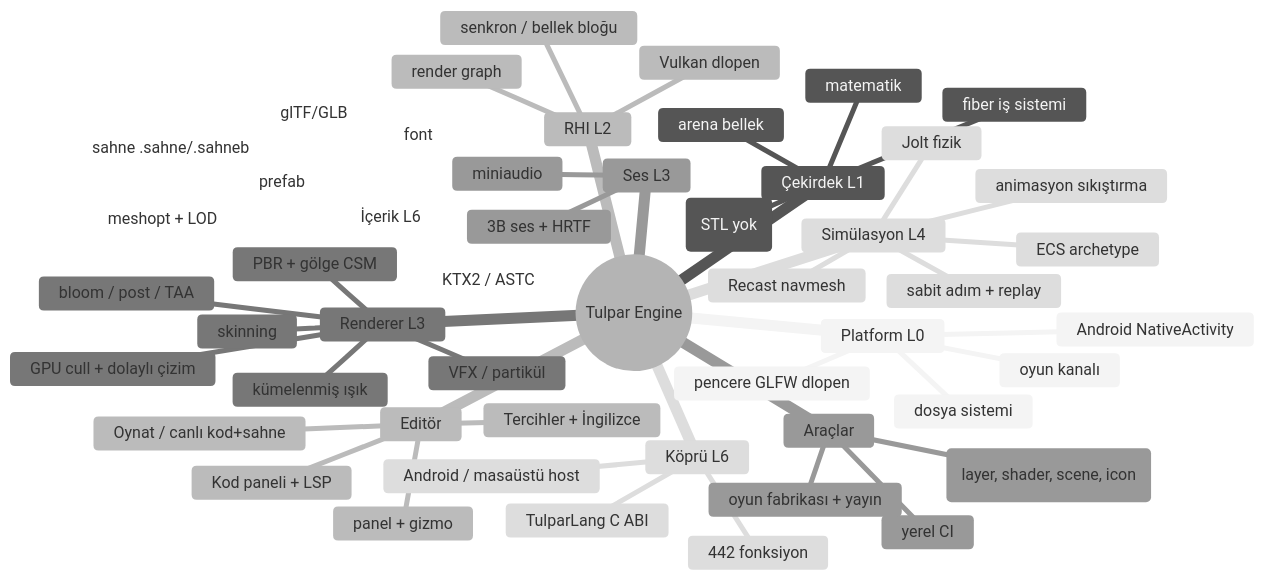
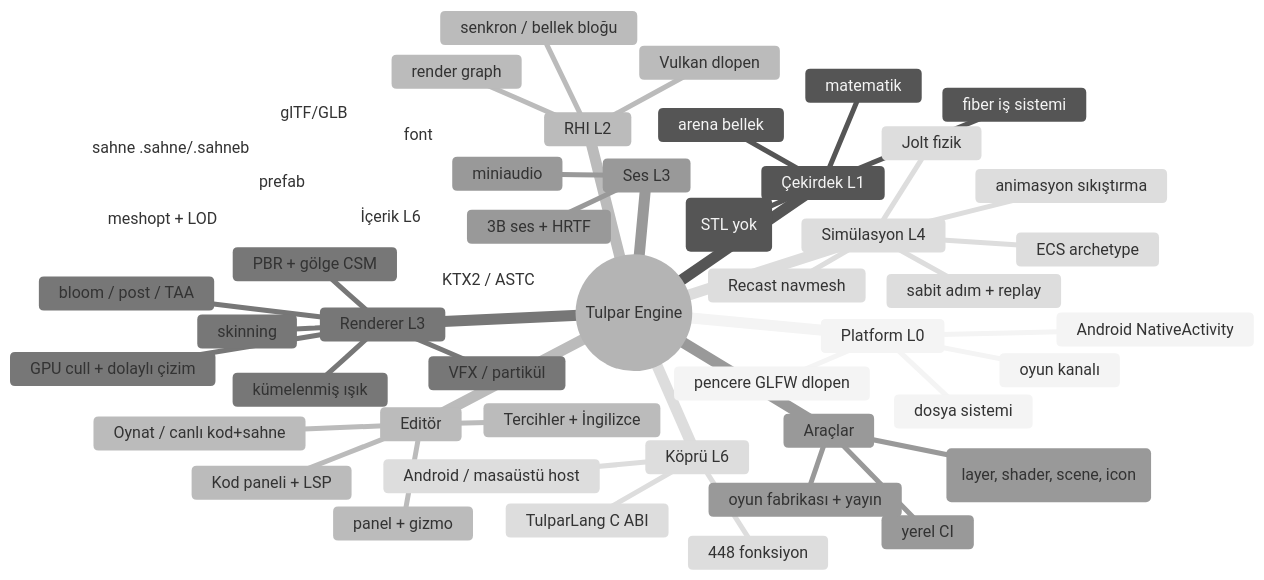
Before and after one commit to hamer1818/tulpar-engine: the diagram in docs/OZELLIK-HARITASI.md, drawn with Mermaid (neutral theme). The commit also changed other lines of this file and 17 other files, not shown here.

````diff
--- a/docs/OZELLIK-HARITASI.md
+++ b/docs/OZELLIK-HARITASI.md
@@ -10,54 +10,54 @@
 ```mermaid
 mindmap
   root((Tulpar Engine))
     Platform L0
       pencere GLFW dlopen
       dosya sistemi
       Android NativeActivity
       oyun kanalı
     Çekirdek L1
       fiber iş sistemi
       arena bellek
       matematik
       konteynerler (STL yok)
     RHI L2
       Vulkan dlopen
       render graph
       senkron / bellek bloğu
     Renderer L3
       PBR + gölge CSM
       bloom / post / TAA
       GPU cull + dolaylı çizim
       kümelenmiş ışık
       skinning
       VFX / partikül
     Ses L3
       miniaudio
       3B ses + HRTF
     Simülasyon L4
       ECS archetype
       Jolt fizik
       Recast navmesh
       animasyon sıkıştırma
       sabit adım + replay
     İçerik L6
       glTF/GLB
       sahne .sahne/.sahneb
       KTX2 / ASTC
       meshopt + LOD
       font
       prefab
     Köprü L6
       TulparLang C ABI
-      442 fonksiyon
+      448 fonksiyon
       Android / masaüstü host
     Editör
       panel + gizmo
       Kod paneli + LSP
       Oynat / canlı kod+sahne
       Tercihler + İngilizce
     Araçlar
       kapılar (layer, shader, scene, icon)
       yerel CI
       oyun fabrikası + yayın
 ```
````
